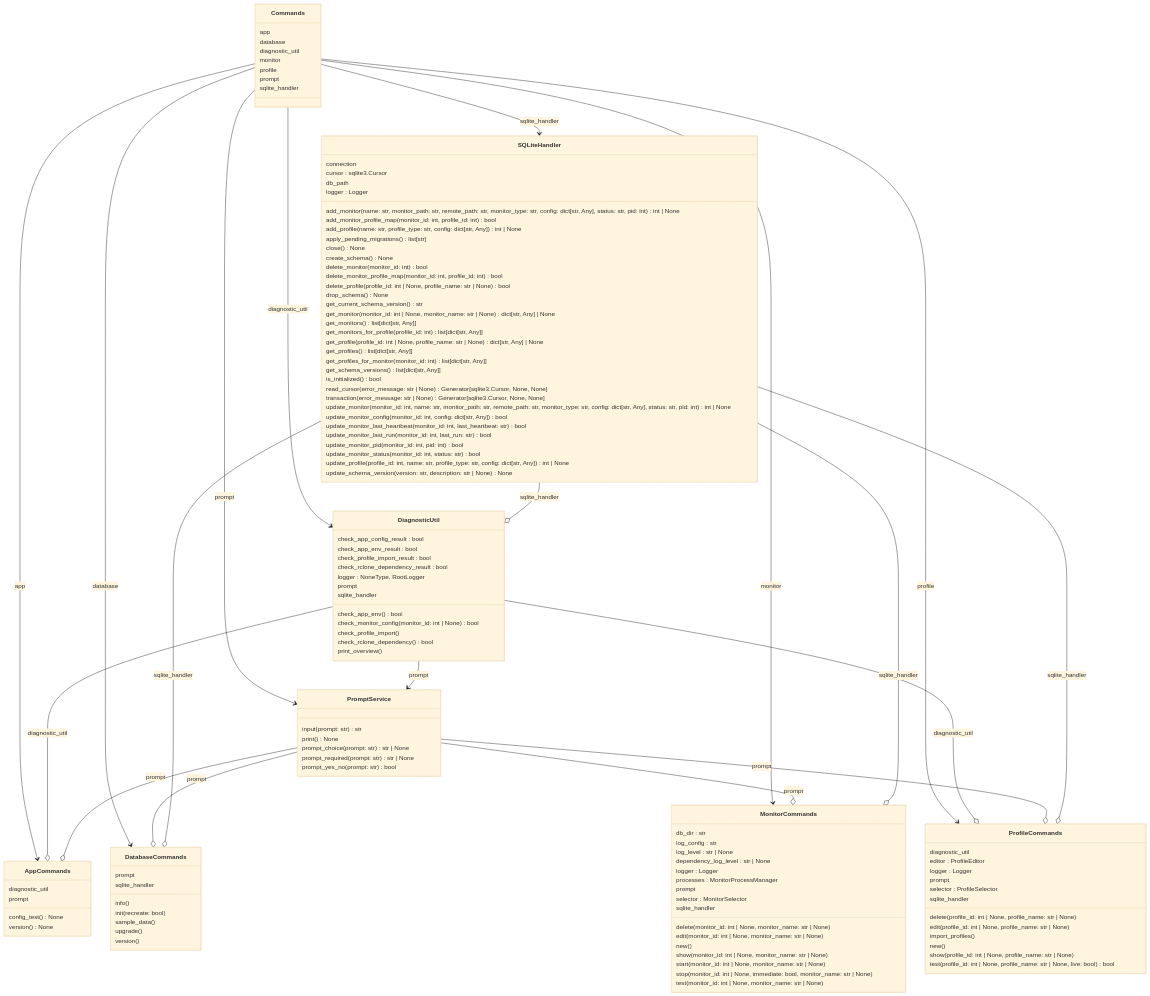
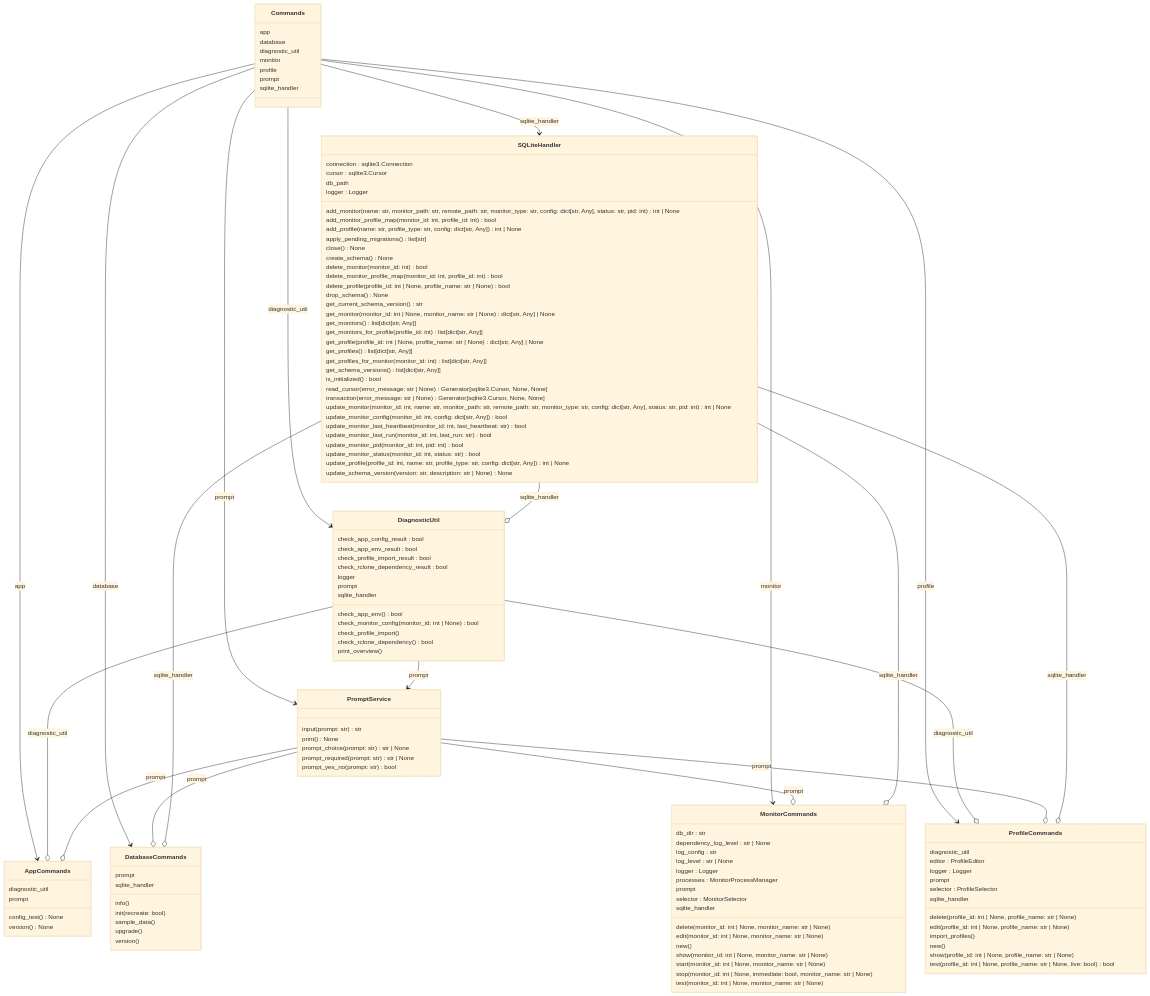
The second of 2 diagrams in ARCHITECTURE.md (Transparent-Systems/monitorhub), drawn with Mermaid (base theme) before and after one commit. The commit also changed 4 other files, not shown here.

Commit message:
Open SQLite connection lazily to avoid creating the database file

```diff
--- a/ARCHITECTURE.md
+++ b/ARCHITECTURE.md
@@ -130,7 +130,7 @@
     check_app_env_result : bool
     check_profile_import_result : bool
     check_rclone_dependency_result : bool
-    logger : NoneType, RootLogger
+    logger
     prompt
     sqlite_handler
     check_app_env() bool
@@ -141,9 +141,9 @@
   }
   class MonitorCommands {
     db_dir : str
+    dependency_log_level : str | None
     log_config : str
     log_level : str | None
-    dependency_log_level : str | None
     logger : Logger
     processes : MonitorProcessManager
     prompt
@@ -179,7 +179,7 @@
     prompt_yes_no(prompt: str) bool
   }
   class SQLiteHandler {
-    connection
+    connection : sqlite3.Connection
     cursor : sqlite3.Cursor
     db_path
     logger : Logger
```
